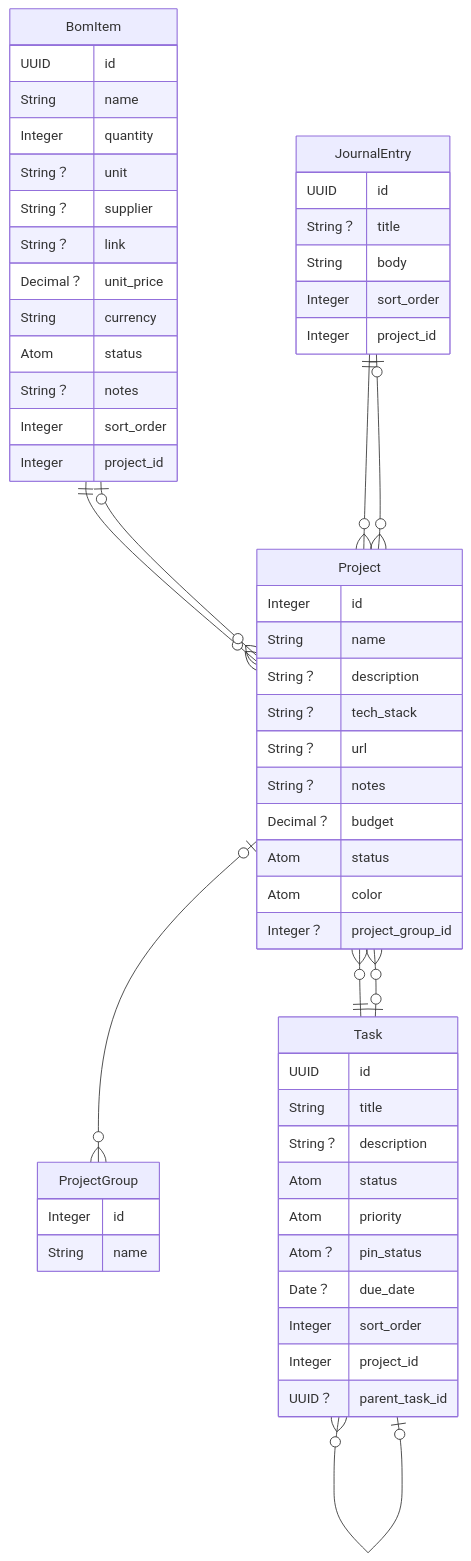
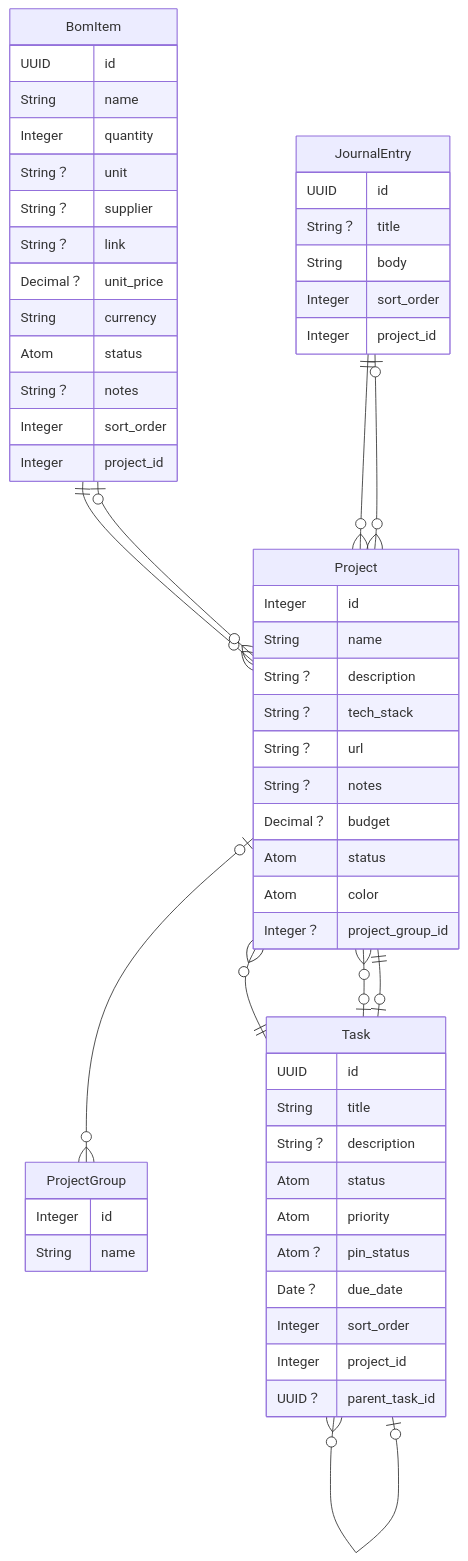
One commit to ViktorLindstrm/forge changed the diagram in docs/architecture.md. Above: the diagram before and after it, drawn with Mermaid.

Commit message:
chore: update architecture diagram [skip ci]

````diff
--- a/docs/architecture.md
+++ b/docs/architecture.md
@@ -8,62 +8,63 @@
 ```mermaid
 erDiagram
   "Forge.Projects.BomItem"["BomItem"] {
     UUID id
     String name
     Integer quantity
     String？ unit
     String？ supplier
     String？ link
     Decimal？ unit_price
     String currency
     Atom status
     String？ notes
     Integer sort_order
     Integer project_id
   }
   "Forge.Projects.JournalEntry"["JournalEntry"] {
     UUID id
     String？ title
     String body
     Integer sort_order
     Integer project_id
   }
   "Forge.Projects.Project"["Project"] {
     Integer id
     String name
     String？ description
     String？ tech_stack
     String？ url
     String？ notes
     Decimal？ budget
     Atom status
     Atom color
     Integer？ project_group_id
   }
   "Forge.Projects.ProjectGroup"["ProjectGroup"] {
     Integer id
     String name
   }
   "Forge.Projects.Task"["Task"] {
     UUID id
     String title
     String？ description
     Atom status
     Atom priority
     Atom？ pin_status
     Date？ due_date
     Integer sort_order
     Integer project_id
     UUID？ parent_task_id
   }
   "Forge.Projects.JournalEntry" ||--o{ "Forge.Projects.Project" : ""
   "Forge.Projects.Project" |o--o{ "Forge.Projects.ProjectGroup" : ""
   "Forge.Projects.BomItem" ||--o{ "Forge.Projects.Project" : ""
   "Forge.Projects.Project" }o--|| "Forge.Projects.Task" : ""
   "Forge.Projects.Task" |o--o{ "Forge.Projects.Task" : ""
   "Forge.Projects.Project" }o--o| "Forge.Projects.Task" : ""
   "Forge.Projects.BomItem" |o--o{ "Forge.Projects.Project" : ""
   "Forge.Projects.JournalEntry" |o--o{ "Forge.Projects.Project" : ""
   "Forge.Projects.Task" }o--o| "Forge.Projects.Task" : ""
+  "Forge.Projects.Project" ||--o| "Forge.Projects.Task" : ""
 
 ```
````
